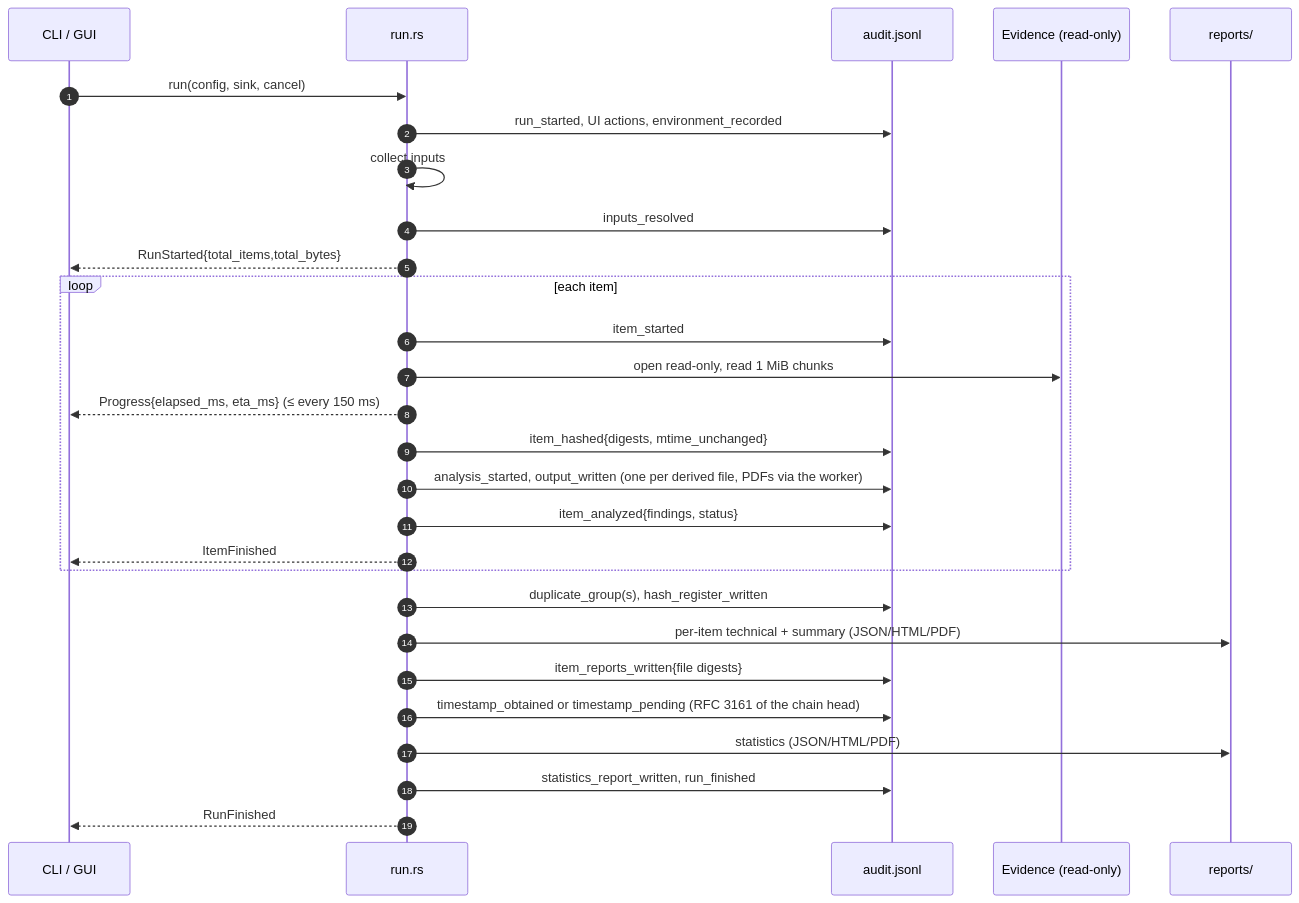
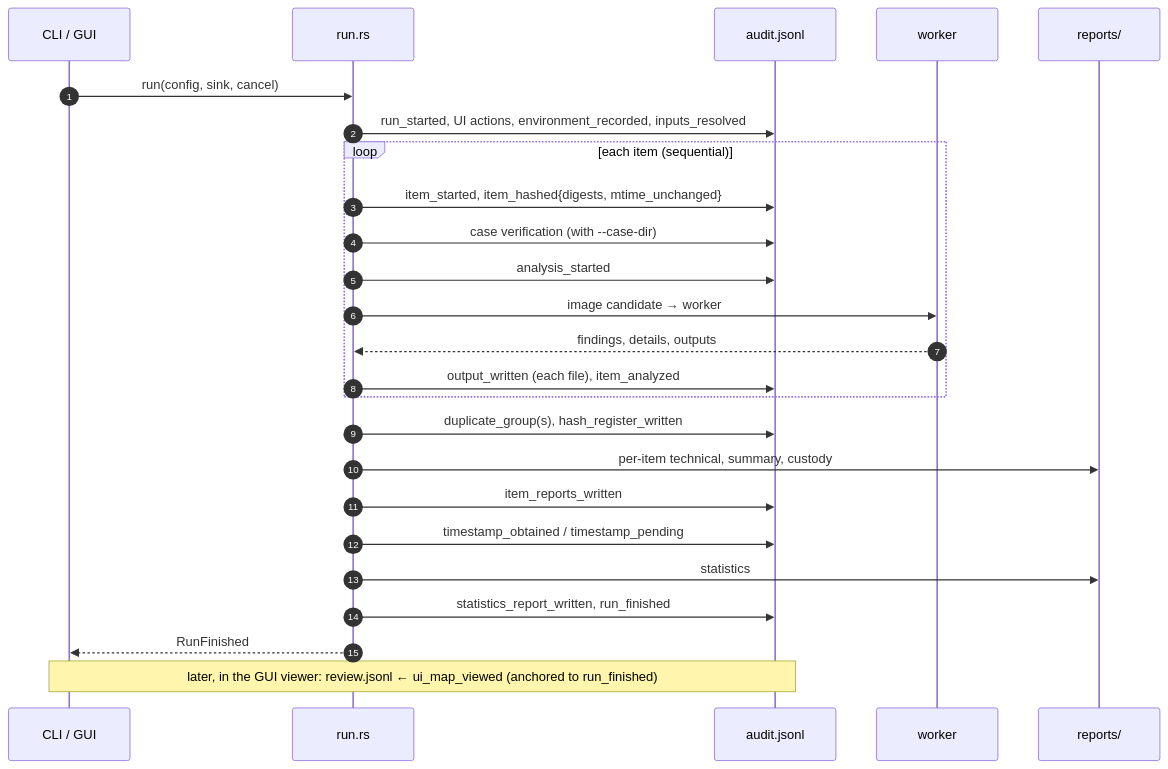
Before and after one commit to Panacota96/rv-imgauth: the third of 5 diagrams in docs/architecture.md, drawn with Mermaid. The commit also changed other lines of this file and 17 other files, not shown here.

````diff
--- a/docs/architecture.md
+++ b/docs/architecture.md
@@ -52,30 +98,27 @@
 ```mermaid
 sequenceDiagram
     autonumber
     participant UI as CLI / GUI
     participant R as run.rs
     participant A as audit.jsonl
-    participant FS as Evidence (read-only)
+    participant W as worker
     participant O as reports/
     UI->>R: run(config, sink, cancel)
-    R->>A: run_started, UI actions, environment_recorded
-    R->>R: collect inputs
-    R->>A: inputs_resolved
-    R-->>UI: RunStarted{total_items,total_bytes}
-    loop each item
-        R->>A: item_started
-        R->>FS: open read-only, read 1 MiB chunks
-        R-->>UI: Progress{elapsed_ms, eta_ms} (≤ every 150 ms)
-        R->>A: item_hashed{digests, mtime_unchanged}
-        R->>A: analysis_started, output_written (one per derived file, PDFs via the worker)
-        R->>A: item_analyzed{findings, status}
-        R-->>UI: ItemFinished
+    R->>A: run_started, UI actions, environment_recorded, inputs_resolved
+    loop each item (sequential)
+        R->>A: item_started, item_hashed{digests, mtime_unchanged}
+        R->>A: case verification (with --case-dir)
+        R->>A: analysis_started
+        R->>W: image candidate → worker
+        W-->>R: findings, details, outputs
+        R->>A: output_written (each file), item_analyzed
     end
     R->>A: duplicate_group(s), hash_register_written
-    R->>O: per-item technical + summary (JSON/HTML/PDF)
-    R->>A: item_reports_written{file digests}
-    R->>A: timestamp_obtained or timestamp_pending (RFC 3161 of the chain head)
-    R->>O: statistics (JSON/HTML/PDF)
+    R->>O: per-item technical, summary, custody
+    R->>A: item_reports_written
+    R->>A: timestamp_obtained / timestamp_pending
+    R->>O: statistics
     R->>A: statistics_report_written, run_finished
     R-->>UI: RunFinished
+    Note over UI,A: later, in the GUI viewer: review.jsonl ← ui_map_viewed (anchored to run_finished)
 ```
````
